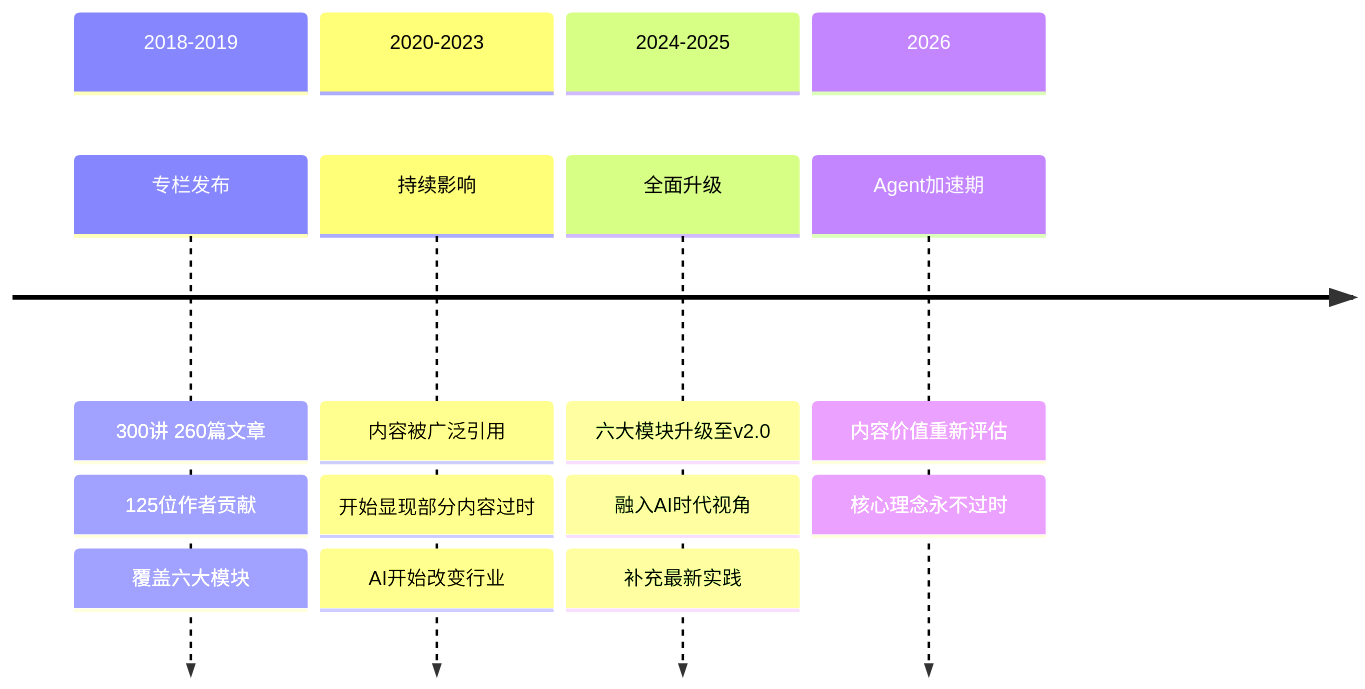
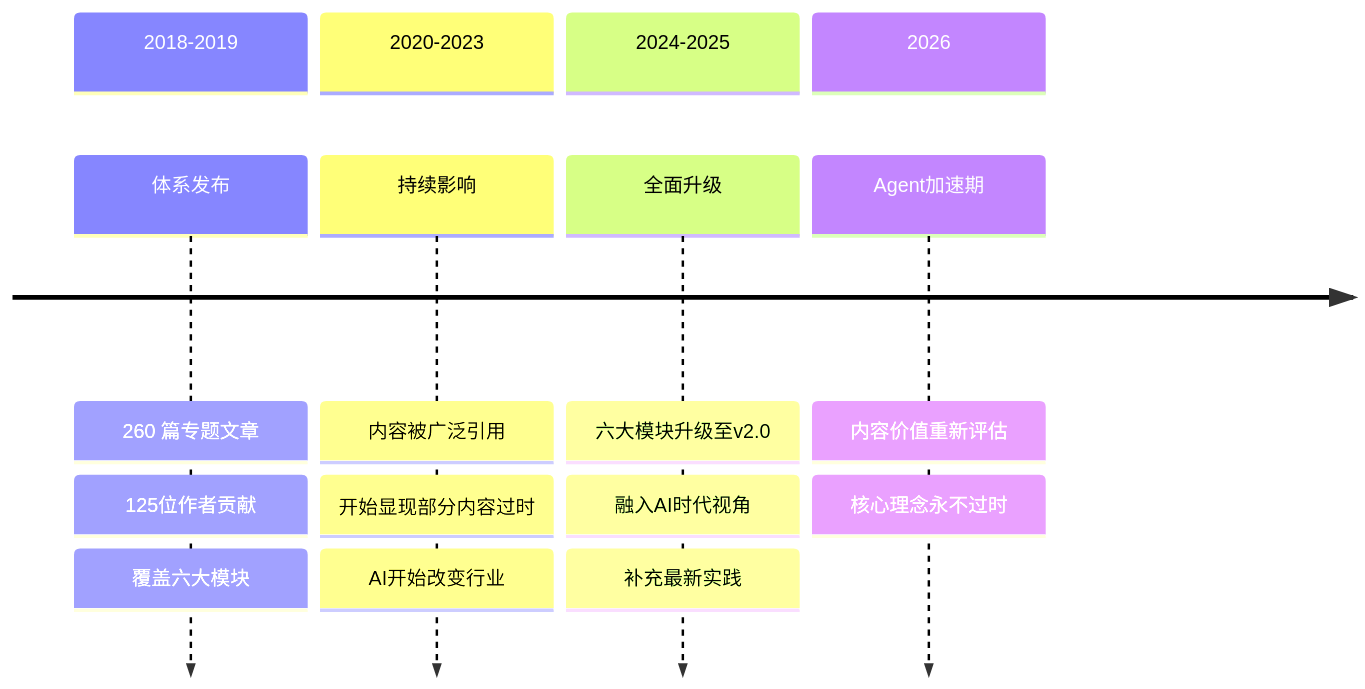
Before and after one commit to zhangzhengyang27/tech-codex: the second of 3 diagrams in docs/09-管理/02-技术管理/02-团队建设与文化/49-结束篇-即使远隔千山万水，也要乘风与你同往.md, drawn with Mermaid. The commit also changed other lines of this file and 164 other files, not shown here.

````diff
--- a/docs/09-管理/02-技术管理/02-团队建设与文化/49-结束篇-即使远隔千山万水，也要乘风与你同往.md
+++ b/docs/09-管理/02-技术管理/02-团队建设与文化/49-结束篇-即使远隔千山万水，也要乘风与你同往.md
@@ -310,22 +280,22 @@
 ```mermaid
 ---
-title: 专栏生命周期时间线（2018-2026）
+title: 知识体系演进时间线（2018-2026）
 ---
 timeline
     section 2018-2019
-        专栏发布 : 300讲 260篇文章
+        体系发布 : 260 篇专题文章
         : 125位作者贡献
         : 覆盖六大模块
     section 2020-2023
         持续影响 : 内容被广泛引用
         : 开始显现部分内容过时
         : AI开始改变行业
     section 2024-2025
         全面升级 : 六大模块升级至v2.0
         : 融入AI时代视角
         : 补充最新实践
     section 2026
         Agent加速期
         : 内容价值重新评估
         : 核心理念永不过时
 ```
````
